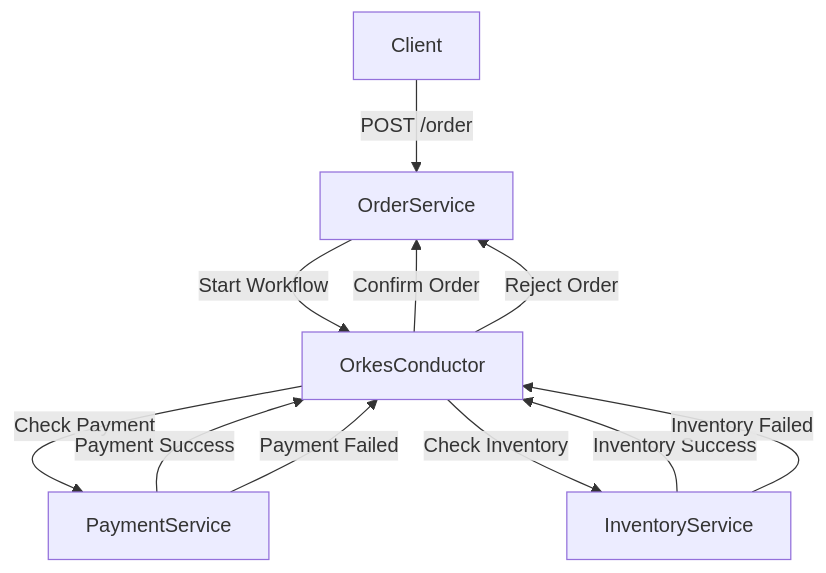
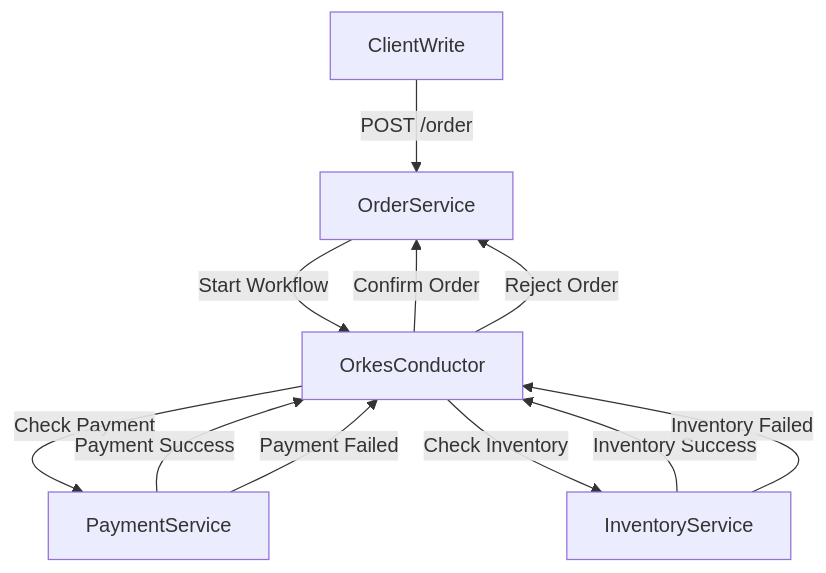
Before and after one commit to nbicocchi/learn-microservices: the first of 3 diagrams in modules/data-management/labs/README.md, drawn with Mermaid. The commit also changed other lines of this file and 6 other files, not shown here.

````diff
--- a/modules/data-management/labs/README.md
+++ b/modules/data-management/labs/README.md
@@ -11,14 +11,14 @@
 ```mermaid
 flowchart TD
-  Client -->|POST /order| OrderService
+  ClientWrite -->|POST /order| OrderService
   OrderService -->|Start Workflow| OrkesConductor
   OrkesConductor -->|Confirm Order| OrderService
   OrkesConductor -->|Reject Order| OrderService
   OrkesConductor -->|Check Payment| PaymentService
   PaymentService -->|Payment Success| OrkesConductor
   PaymentService -->|Payment Failed| OrkesConductor
   OrkesConductor -->|Check Inventory| InventoryService
   InventoryService -->|Inventory Success| OrkesConductor
   InventoryService -->|Inventory Failed| OrkesConductor
   
 ```
````
